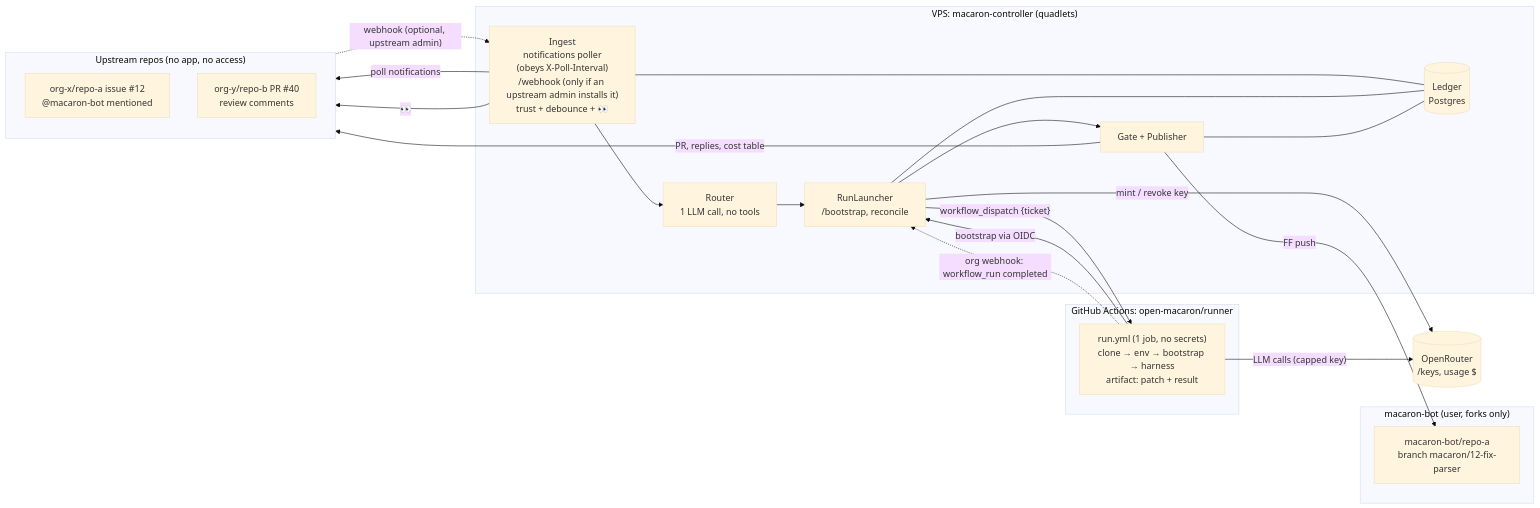
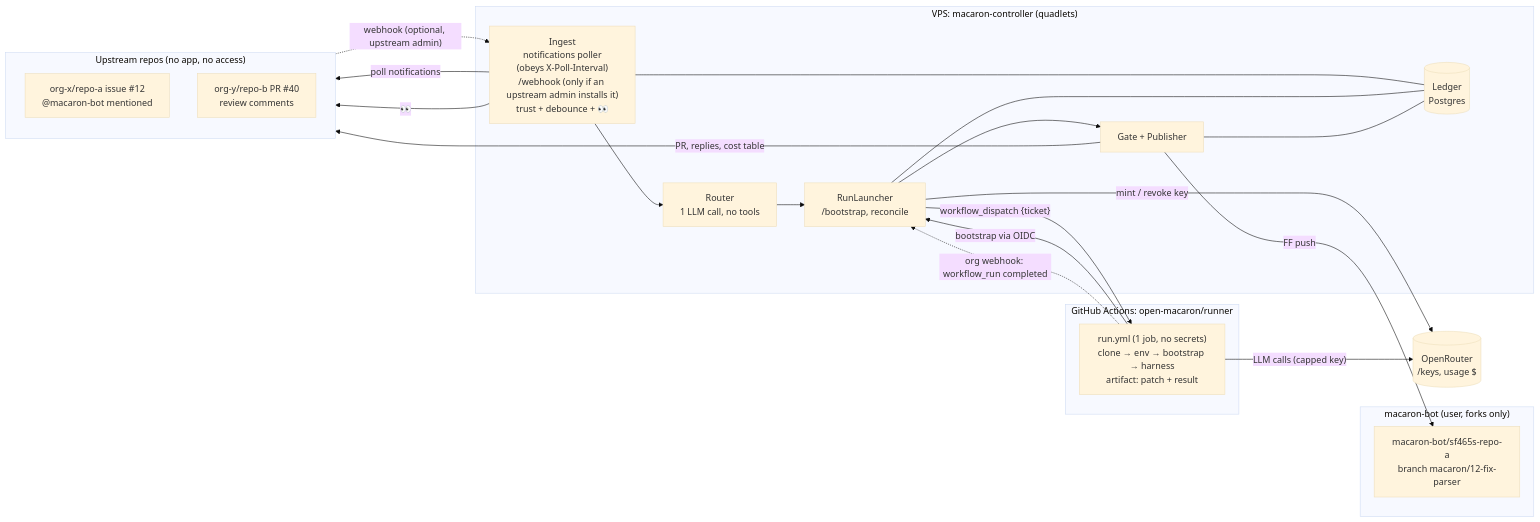
The first of 6 diagrams in docs/DESIGN.md (open-macaron/macaron), drawn with Mermaid (base theme) before and after one commit. The commit also changed 7 other files, not shown here.

````diff
--- a/docs/DESIGN.md
+++ b/docs/DESIGN.md
@@ -20,35 +20,35 @@
 ```mermaid
 flowchart LR
   subgraph UP["Upstream repos (no app, no access)"]
     ISSUE["org-x/repo-a issue #12<br/>@macaron-bot mentioned"]
     PR["org-y/repo-b PR #40<br/>review comments"]
   end
   subgraph FORK["macaron-bot (user, forks only)"]
-    BR["macaron-bot/repo-a<br/>branch macaron/12-fix-parser"]
+    BR["macaron-bot/sf465s-repo-a<br/>branch macaron/12-fix-parser"]
   end
   subgraph VPS["VPS: macaron-controller (quadlets)"]
     ING["Ingest<br/>notifications poller<br/>(obeys X-Poll-Interval)<br/>/webhook (only if an upstream admin installs it)<br/>trust + debounce + 👀"]
     ROU["Router<br/>1 LLM call, no tools"]
     RL["RunLauncher<br/>/bootstrap, reconcile"]
     PUB["Gate + Publisher"]
     DB[("Ledger<br/>Postgres")]
   end
   subgraph GHA["GitHub Actions: open-macaron/runner"]
     RUN["run.yml (1 job, no secrets)<br/>clone → env → bootstrap → harness<br/>artifact: patch + result"]
   end
   OR[("OpenRouter<br/>/keys, usage $")]
 
   ING -- "poll notifications" --> UP
   UP -. "webhook (optional, upstream admin)" .-> ING
   ING -- "👀" --> UP
   ING --> ROU --> RL
   RL -- "mint / revoke key" --> OR
   RL -- "workflow_dispatch {ticket}" --> RUN
   RUN -- "bootstrap via OIDC" --> RL
   RUN -- "LLM calls (capped key)" --> OR
   RUN -. "org webhook: workflow_run completed" .-> RL
   RL --> PUB
   PUB -- "FF push" --> BR
   PUB -- "PR, replies, cost table" --> UP
   ING & RL & PUB --- DB
 ```
````
